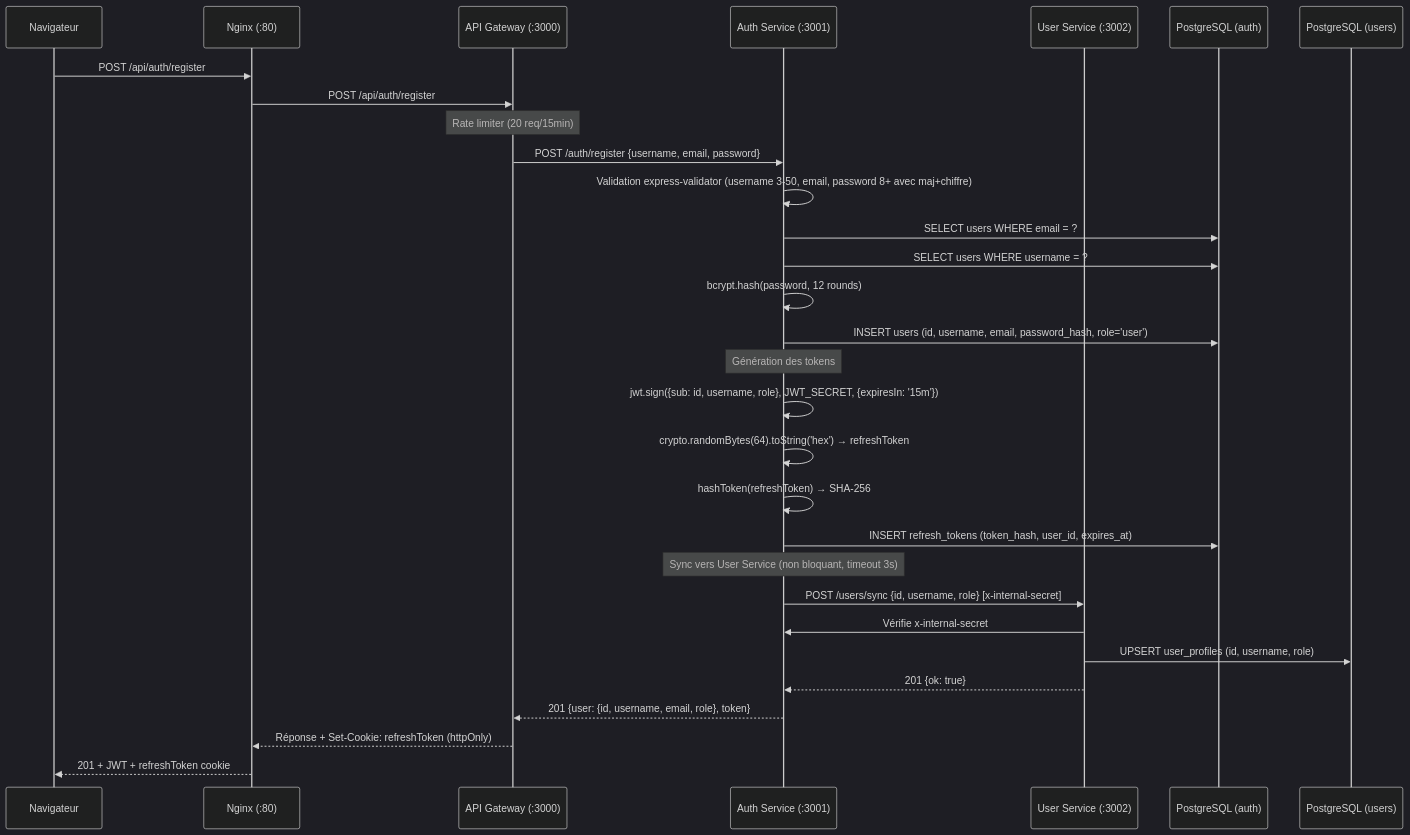
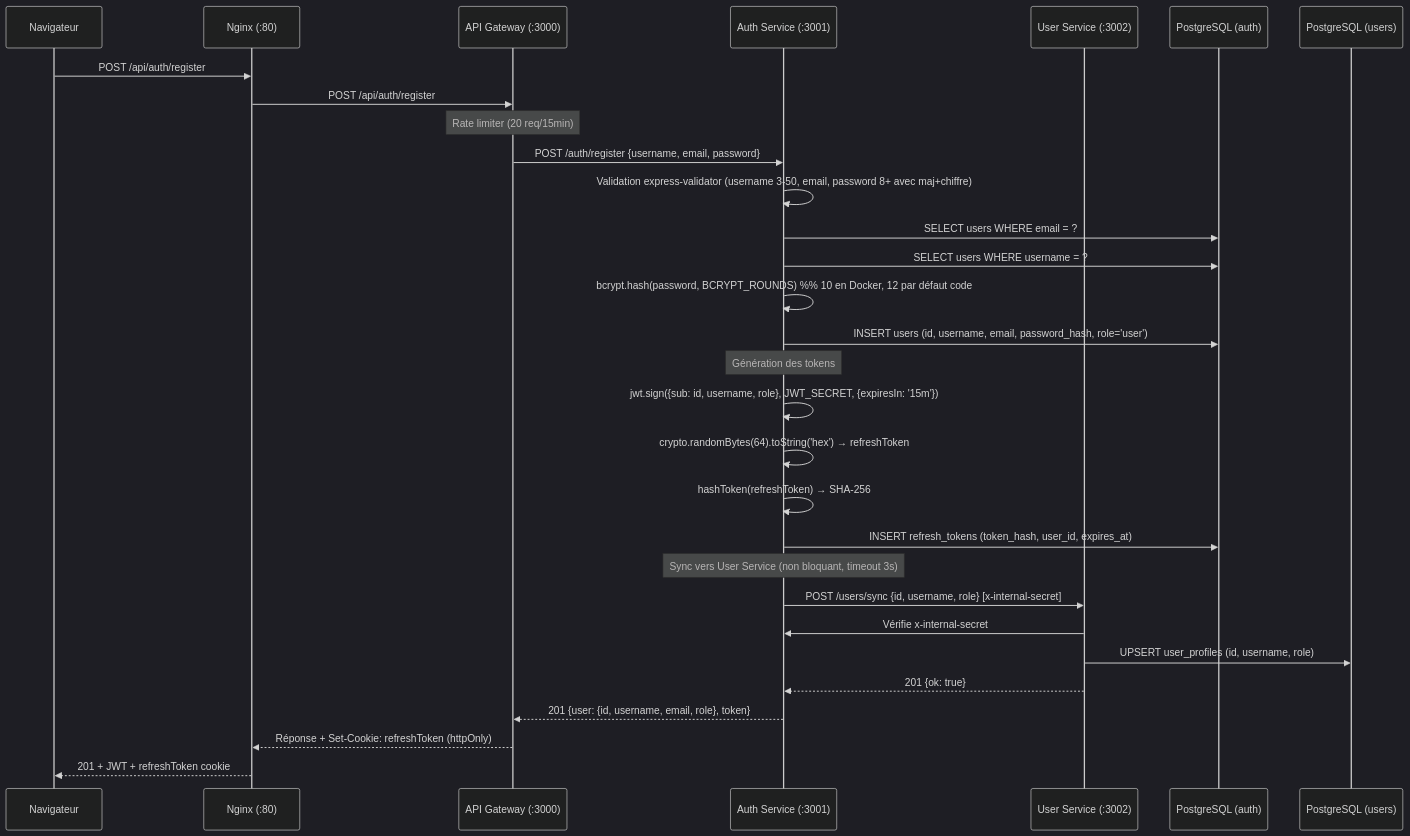
Before and after one commit to Tuture57/Breazy-Docs: the first of 8 diagrams in docs/architecture/flux-donnees.md, drawn with Mermaid (dark theme). The commit also changed other lines of this file and 67 other files, not shown here.

````diff
--- a/docs/architecture/flux-donnees.md
+++ b/docs/architecture/flux-donnees.md
@@ -9,39 +9,39 @@
 ```mermaid
 sequenceDiagram
     participant Client as Navigateur
     participant Nginx as Nginx (:80)
     participant Gateway as API Gateway (:3000)
     participant Auth as Auth Service (:3001)
     participant UserSvc as User Service (:3002)
     participant PGauth as PostgreSQL (auth)
     participant PGuser as PostgreSQL (users)
 
     Client->>Nginx: POST /api/auth/register
     Nginx->>Gateway: POST /api/auth/register
 
     Note over Gateway: Rate limiter (20 req/15min)
 
     Gateway->>Auth: POST /auth/register {username, email, password}
 
     Auth->>Auth: Validation express-validator (username 3-50, email, password 8+ avec maj+chiffre)
     Auth->>PGauth: SELECT users WHERE email = ?
     Auth->>PGauth: SELECT users WHERE username = ?
-    Auth->>Auth: bcrypt.hash(password, 12 rounds)
+    Auth->>Auth: bcrypt.hash(password, BCRYPT_ROUNDS)  %% 10 en Docker, 12 par défaut code
     Auth->>PGauth: INSERT users (id, username, email, password_hash, role='user')
 
     Note over Auth: Génération des tokens
     Auth->>Auth: jwt.sign({sub: id, username, role}, JWT_SECRET, {expiresIn: '15m'})
     Auth->>Auth: crypto.randomBytes(64).toString('hex') → refreshToken
     Auth->>Auth: hashToken(refreshToken) → SHA-256
     Auth->>PGauth: INSERT refresh_tokens (token_hash, user_id, expires_at)
 
     Note over Auth: Sync vers User Service (non bloquant, timeout 3s)
     Auth->>UserSvc: POST /users/sync {id, username, role} [x-internal-secret]
     UserSvc->>Auth: Vérifie x-internal-secret
     UserSvc->>PGuser: UPSERT user_profiles (id, username, role)
     UserSvc-->>Auth: 201 {ok: true}
 
     Auth-->>Gateway: 201 {user: {id, username, email, role}, token}
     Gateway-->>Nginx: Réponse + Set-Cookie: refreshToken (httpOnly)
     Nginx-->>Client: 201 + JWT + refreshToken cookie
 ```
````
